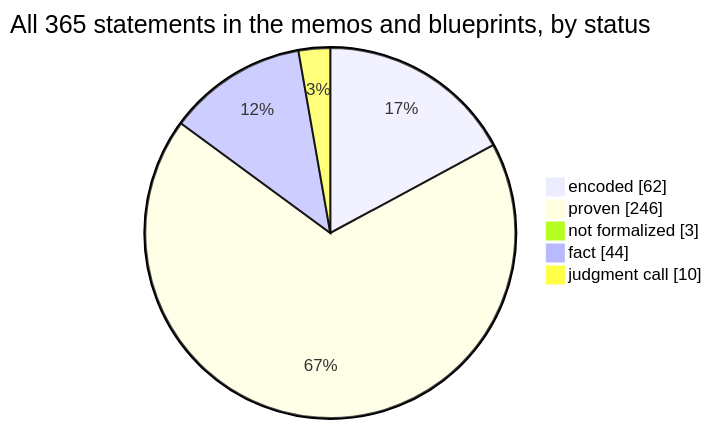
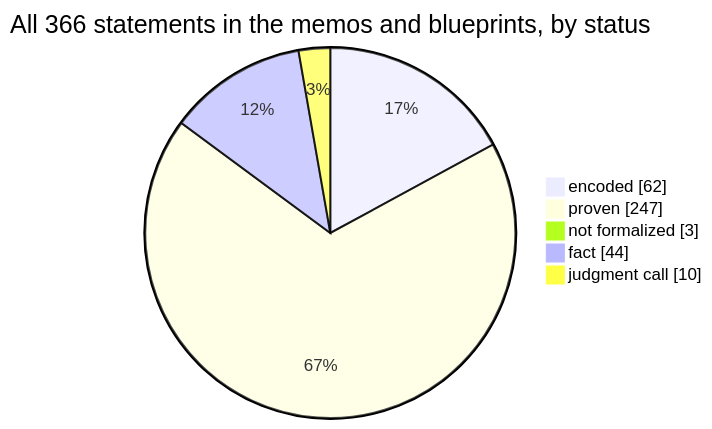
One commit to SeanWMurray/Canteen changed the first of 4 diagrams in docs/graphs/dashboard.md. Above: the diagram before and after it, drawn with Mermaid. The commit also changed other lines of this file and 14 other files, not shown here.

````diff
--- a/docs/graphs/dashboard.md
+++ b/docs/graphs/dashboard.md
@@ -11,8 +11,8 @@
 ```mermaid
-pie showData title All 365 statements in the memos and blueprints, by status
+pie showData title All 366 statements in the memos and blueprints, by status
     "encoded" : 62
-    "proven" : 246
+    "proven" : 247
     "not formalized" : 3
     "fact" : 44
     "judgment call" : 10
 ```
````
